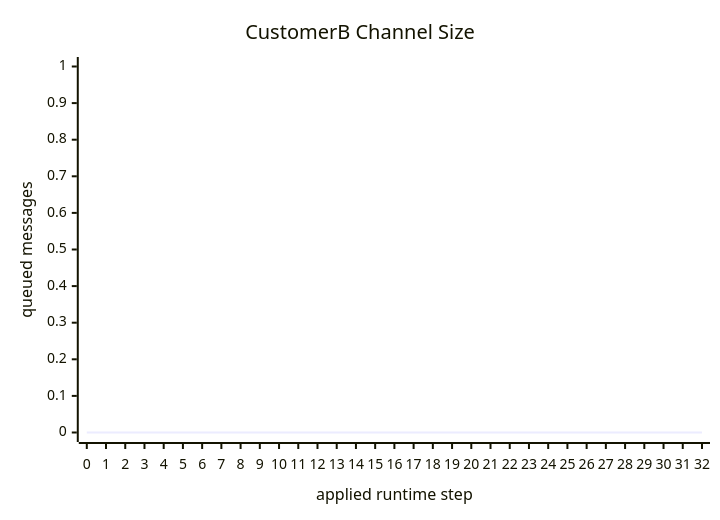
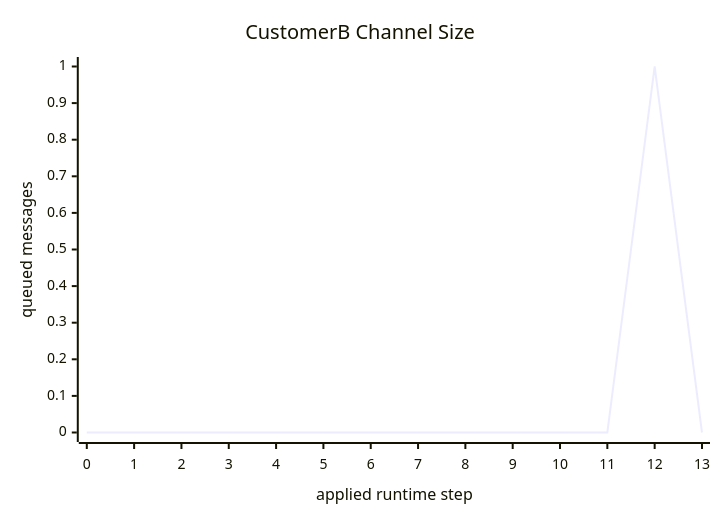
Before and after one commit to rfielding/go-ctl2: diagram 31 of 36 in docs/build/ir.generated.md, drawn with Mermaid. The commit also changed other lines of this file and 5 other files, not shown here.

````diff
--- a/docs/build/ir.generated.md
+++ b/docs/build/ir.generated.md
@@ -1316,7 +1559,7 @@
 ```mermaid
 xychart-beta
     title "CustomerB Channel Size"
-    x-axis "applied runtime step" [0, 1, 2, 3, 4, 5, 6, 7, 8, 9, 10, 11, 12, 13, 14, 15, 16, 17, 18, 19, 20, 21, 22, 23, 24, 25, 26, 27, 28, 29, 30, 31, 32]
+    x-axis "applied runtime step" [0, 1, 2, 3, 4, 5, 6, 7, 8, 9, 10, 11, 12, 13]
     y-axis "queued messages" 0 --> 1
-    line [0, 0, 0, 0, 0, 0, 0, 0, 0, 0, 0, 0, 0, 0, 0, 0, 0, 0, 0, 0, 0, 0, 0, 0, 0, 0, 0, 0, 0, 0, 0, 0, 0]
+    line [0, 0, 0, 0, 0, 0, 0, 0, 0, 0, 0, 0, 1, 0]
 ```
````
